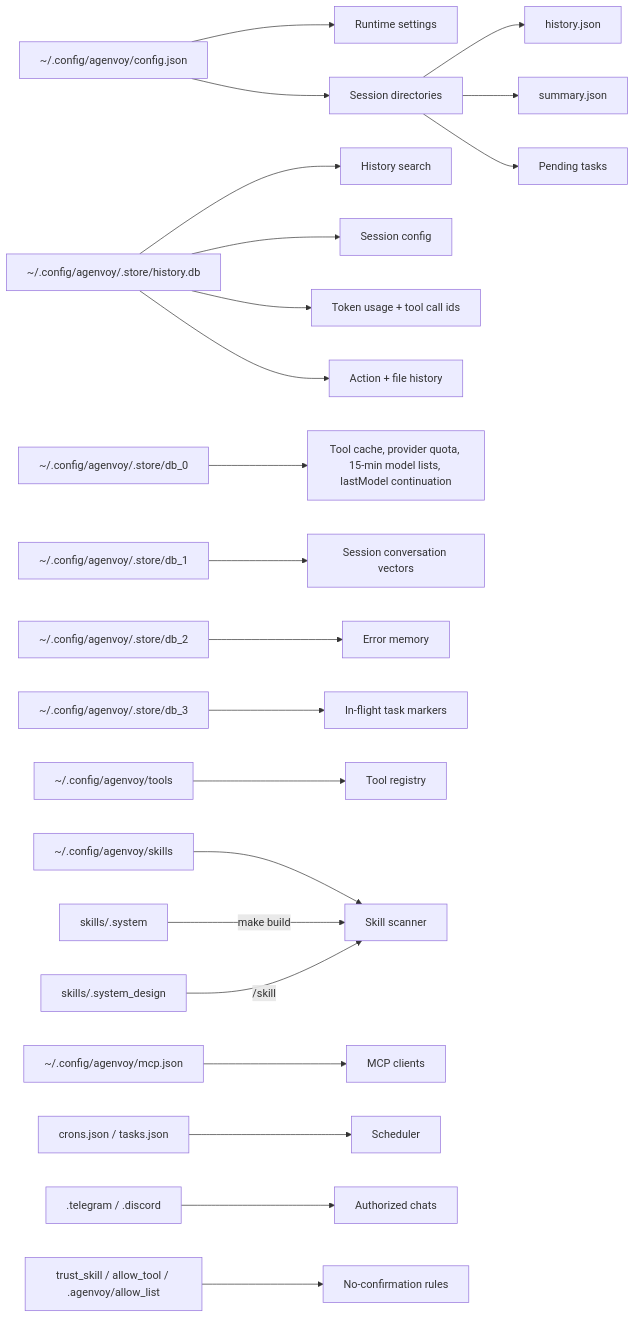
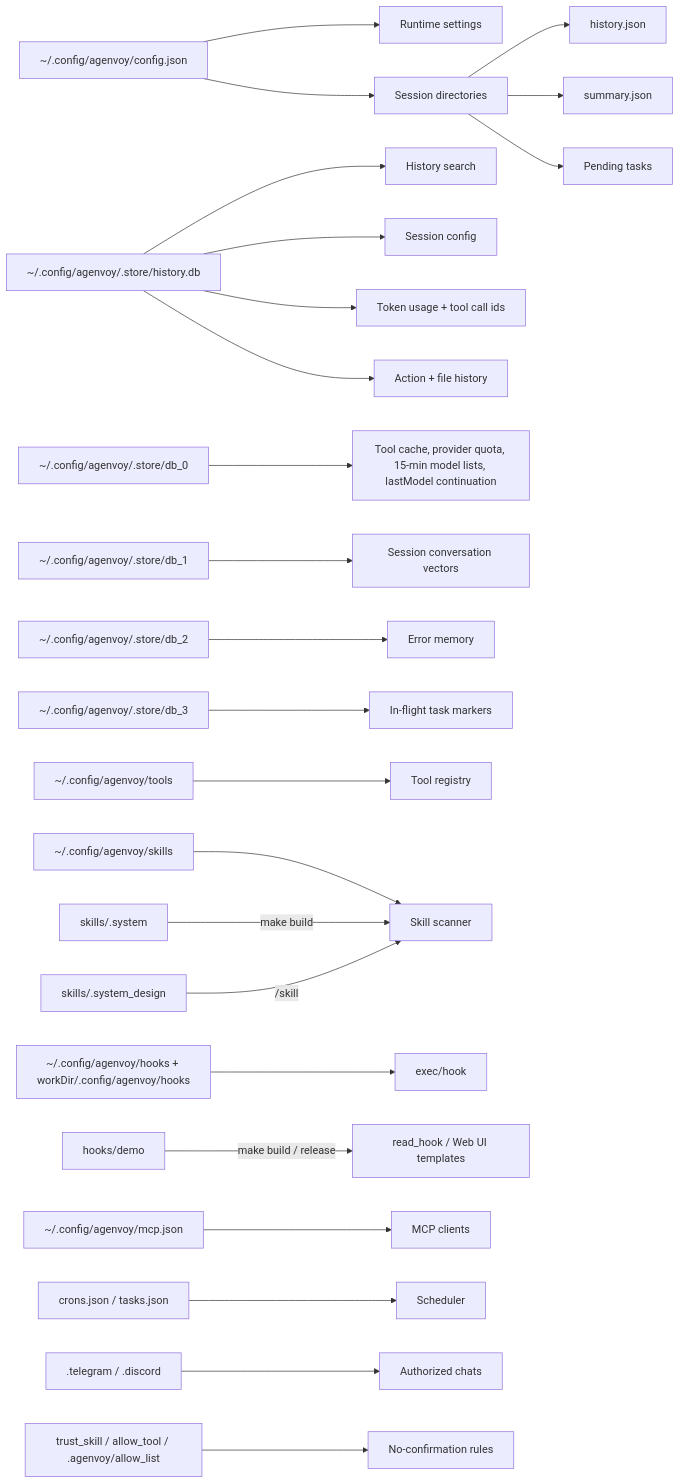
Before and after one commit to pardnchiu/Agenvoy: the tenth of 10 diagrams in doc/architecture.md, drawn with Mermaid. The commit also changed other lines of this file and 5 other files, not shown here.

Commit message:
doc: Document lifecycle hooks, hook API and tools, TUI updates and denied paths

````diff
--- a/doc/architecture.md
+++ b/doc/architecture.md
@@ -234,24 +238,26 @@
 ```mermaid
 flowchart LR
     Config[~/.config/agenvoy/config.json] --> Runtime[Runtime settings]
     Config --> Sessions[Session directories]
     Sessions --> History[history.json]
     Sessions --> Summary[summary.json]
     Sessions --> Pending[Pending tasks]
     SQLite[~/.config/agenvoy/.store/history.db] --> Search[History search]
     SQLite --> SessionConfig[Session config]
     SQLite --> Usage[Token usage + tool call ids]
     SQLite --> ActionHistory[Action + file history]
     Torii0[~/.config/agenvoy/.store/db_0] --> ToolCache[Tool cache, provider quota, 15-min model lists, lastModel continuation]
     Torii1[~/.config/agenvoy/.store/db_1] --> SessionMemory[Session conversation vectors]
     Torii2[~/.config/agenvoy/.store/db_2] --> ErrorMemory[Error memory]
     Torii3[~/.config/agenvoy/.store/db_3] --> Online[In-flight task markers]
     Tools[~/.config/agenvoy/tools] --> Registry[Tool registry]
     Skills[~/.config/agenvoy/skills] --> Scanner[Skill scanner]
     SystemSkills[skills/.system] -->|make build| Scanner
     DesignSkills[skills/.system_design] -->|/skill| Scanner
+    Hooks[~/.config/agenvoy/hooks + workDir/.config/agenvoy/hooks] --> HookRun[exec/hook]
+    HookDemo[hooks/demo] -->|make build / release| ReadHook[read_hook / Web UI templates]
     MCP[~/.config/agenvoy/mcp.json] --> MCPClient[MCP clients]
     Schedules[crons.json / tasks.json] --> Scheduler[Scheduler]
     Auth[.telegram / .discord] --> Channels[Authorized chats]
     Allow[trust_skill / allow_tool / .agenvoy/allow_list] --> Confirm[No-confirmation rules]
 ```
````
